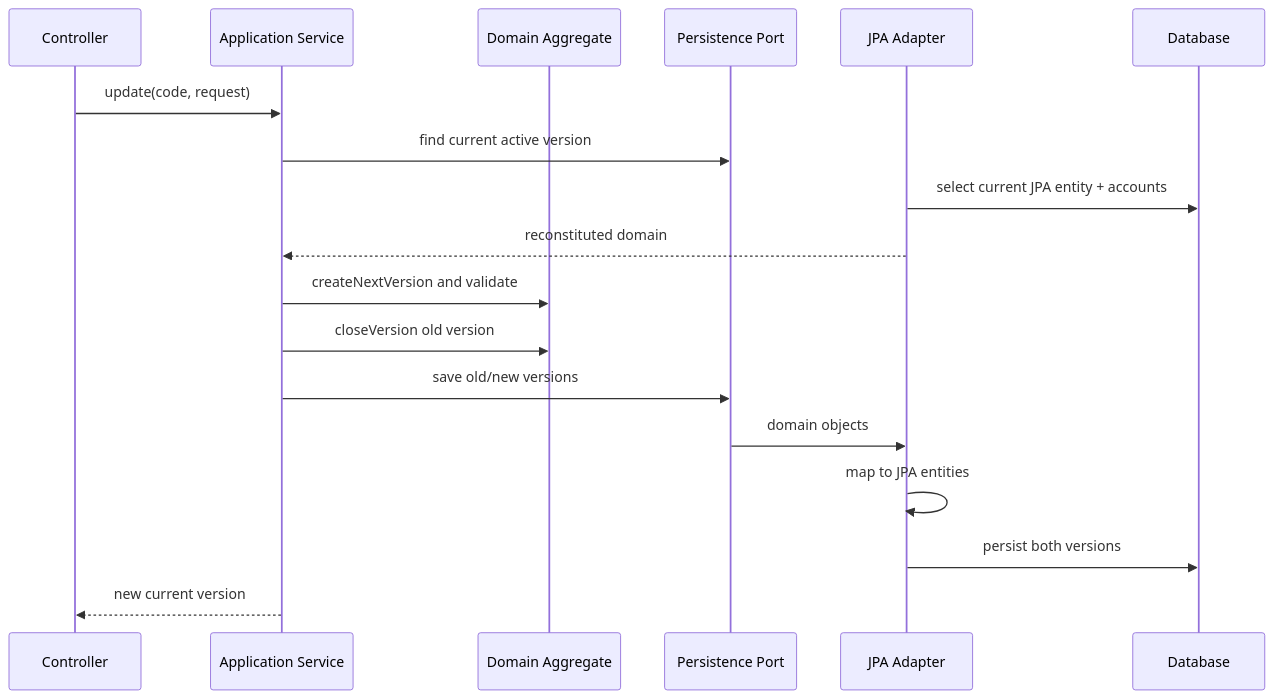
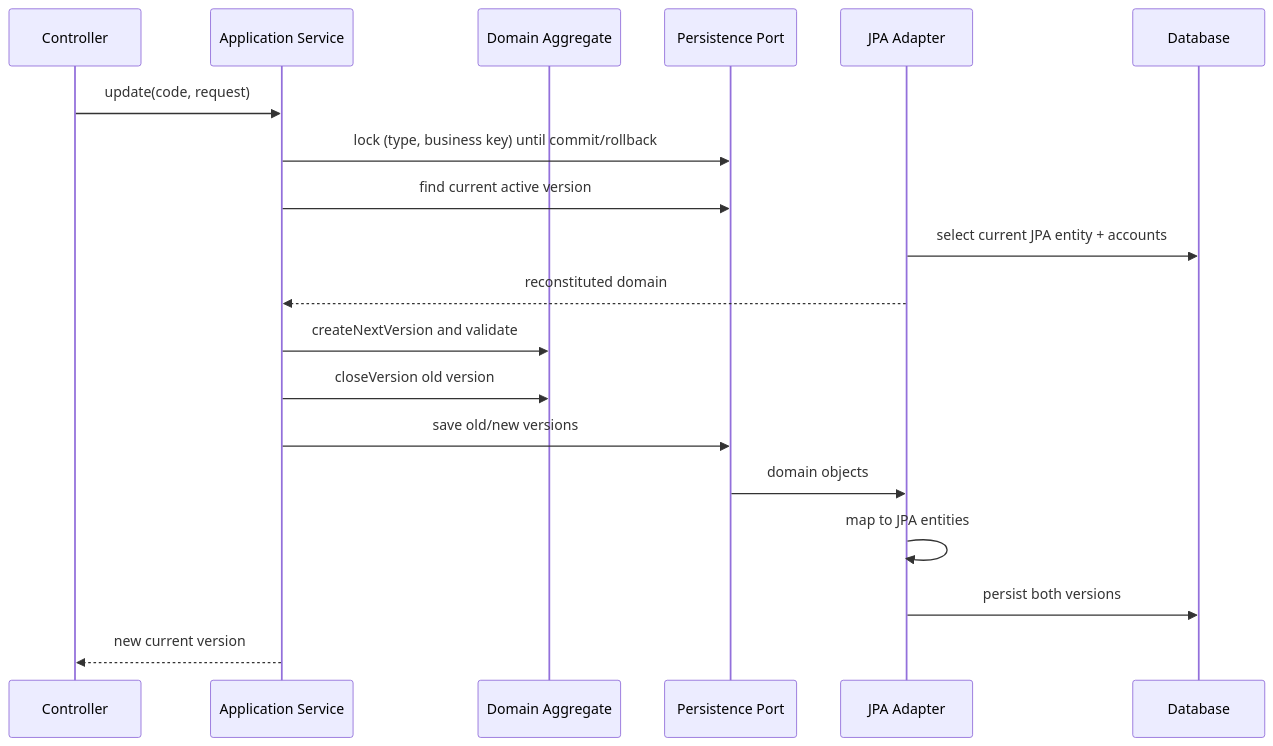
The first of 5 diagrams in master-data/docs/process-flow.md (skyg547/account), drawn with Mermaid before and after one commit. The commit also changed other lines of this file and 48 other files, not shown here.

````diff
--- a/master-data/docs/process-flow.md
+++ b/master-data/docs/process-flow.md
@@ -15,21 +15,22 @@
 ```mermaid
 sequenceDiagram
     participant API as Controller
     participant Service as Application Service
     participant Domain as Domain Aggregate
     participant Port as Persistence Port
     participant Adapter as JPA Adapter
     participant DB as Database
 
     API->>Service: update(code, request)
+    Service->>Port: lock (type, business key) until commit/rollback
     Service->>Port: find current active version
     Adapter->>DB: select current JPA entity + accounts
     Adapter-->>Service: reconstituted domain
     Service->>Domain: createNextVersion and validate
     Service->>Domain: closeVersion old version
     Service->>Port: save old/new versions
     Port->>Adapter: domain objects
     Adapter->>Adapter: map to JPA entities
     Adapter->>DB: persist both versions
     Service-->>API: new current version
 ```
````
